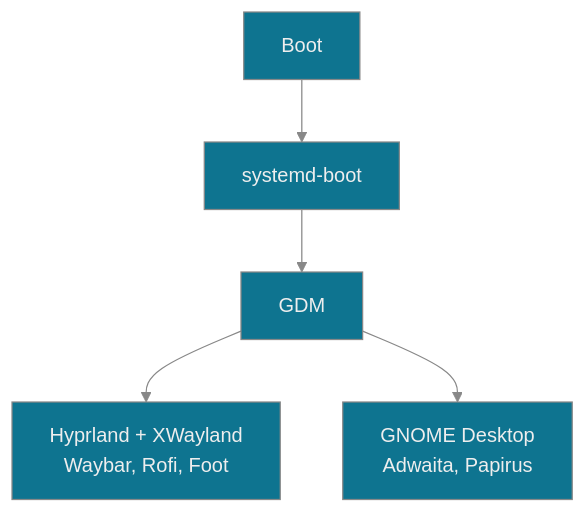
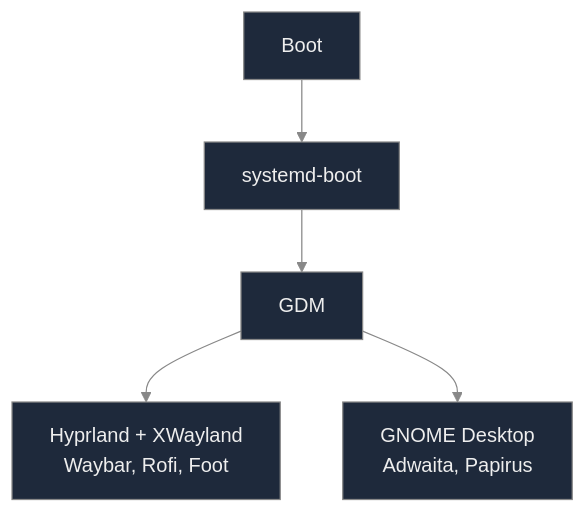
The third of 5 diagrams in docs/README.md (RomeoCavazza/nixos-config), drawn with Mermaid before and after one commit. The commit also changed other lines of this file and 2 other files, not shown here.

First line of the commit message:
docs: Documentation links only, spec by logical grouping, Mermaid dark slate #1e293b

````diff
--- a/docs/README.md
+++ b/docs/README.md
@@ -113,13 +113,13 @@
 ```mermaid
-%%{init: {'theme': 'base', 'themeVariables': { 'primaryColor': '#0E7490', 'secondaryColor': '#0E7490', 'tertiaryColor': '#0E7490', 'primaryBorderColor': '#888', 'lineColor': '#888', 'primaryTextColor': '#eee' }}}%%
+%%{init: {'theme': 'base', 'themeVariables': { 'primaryColor': '#1e293b', 'secondaryColor': '#1e293b', 'tertiaryColor': '#1e293b', 'primaryBorderColor': '#888', 'lineColor': '#888', 'primaryTextColor': '#eee' }}}%%
 flowchart TB
   Boot[Boot]
   sb[systemd-boot]
   GDM[GDM]
   H[Hyprland + XWayland<br/>Waybar, Rofi, Foot]
   G[GNOME Desktop<br/>Adwaita, Papirus]
 
   Boot --> sb --> GDM
   GDM --> H
   GDM --> G
 ```
````
